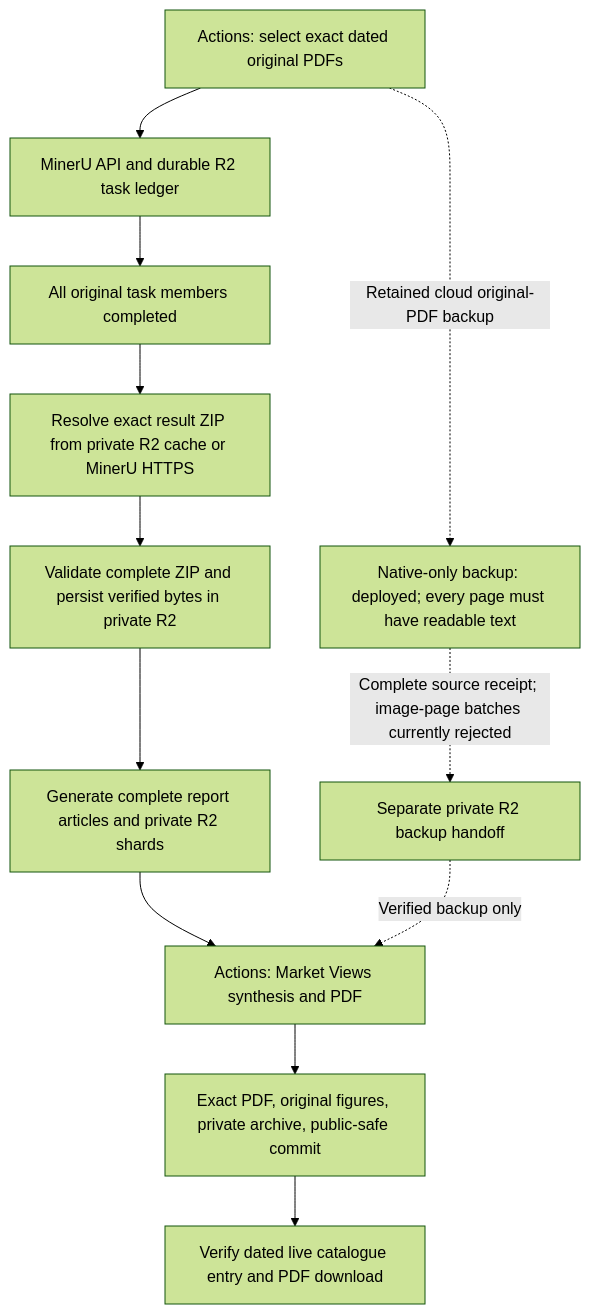
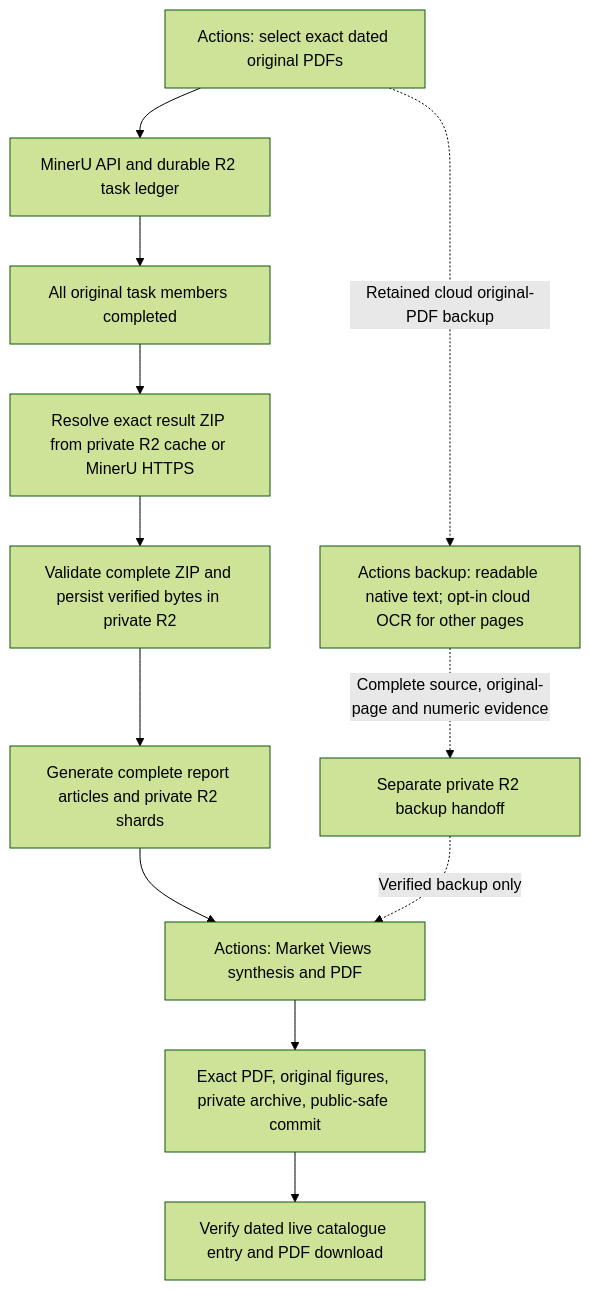
Before and after one commit to yt-feng/rpt_edit: the diagram in docs/market-views-source-recovery.md, drawn with Mermaid (forest theme). The commit also changed other lines of this file and 17 other files, not shown here.

Commit message:
Add opt-in cloud OCR backup with complete source and numeric validation

````diff
--- a/docs/market-views-source-recovery.md
+++ b/docs/market-views-source-recovery.md
@@ -16,14 +16,14 @@
 ```mermaid
 flowchart TD
   A["Actions: select exact dated original PDFs"] --> B["MinerU API and durable R2 task ledger"]
   B --> C["All original task members completed"]
   C --> D["Resolve exact result ZIP from private R2 cache or MinerU HTTPS"]
   D --> K["Validate complete ZIP and persist verified bytes in private R2"]
   K --> E["Generate complete report articles and private R2 shards"]
   E --> F["Actions: Market Views synthesis and PDF"]
   F --> G["Exact PDF, original figures, private archive, public-safe commit"]
   G --> H["Verify dated live catalogue entry and PDF download"]
-  A -. "Retained cloud original-PDF backup" .-> I["Native-only backup: deployed; every page must have readable text"]
-  I -. "Complete source receipt; image-page batches currently rejected" .-> J["Separate private R2 backup handoff"]
+  A -. "Retained cloud original-PDF backup" .-> I["Actions backup: readable native text; opt-in cloud OCR for other pages"]
+  I -. "Complete source, original-page and numeric evidence" .-> J["Separate private R2 backup handoff"]
   J -. "Verified backup only" .-> F
 ```
````
